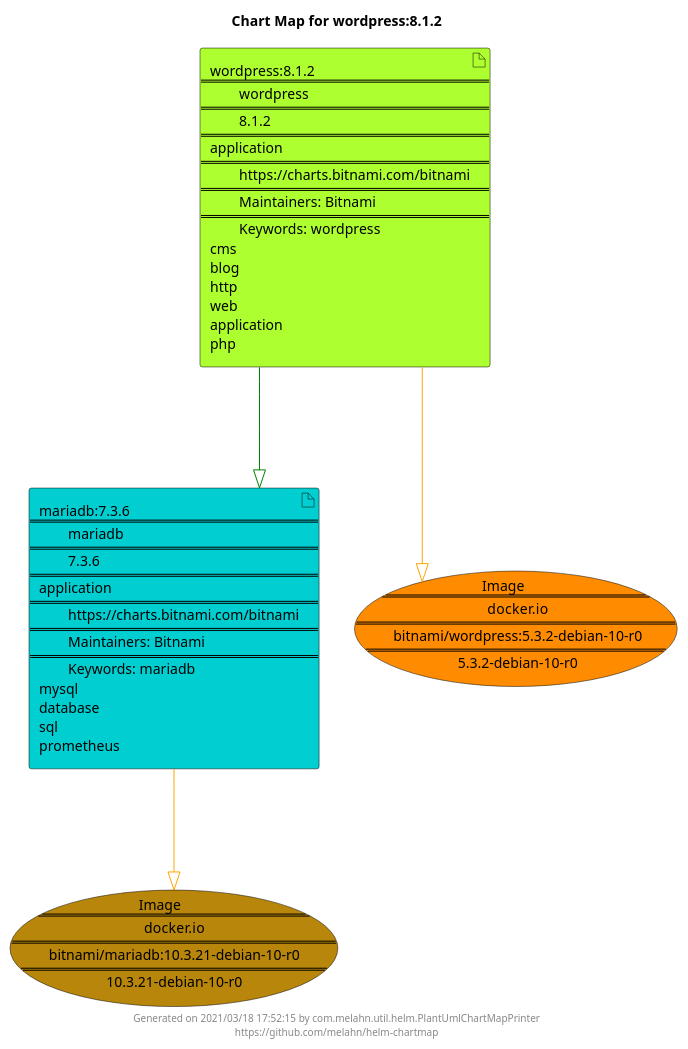
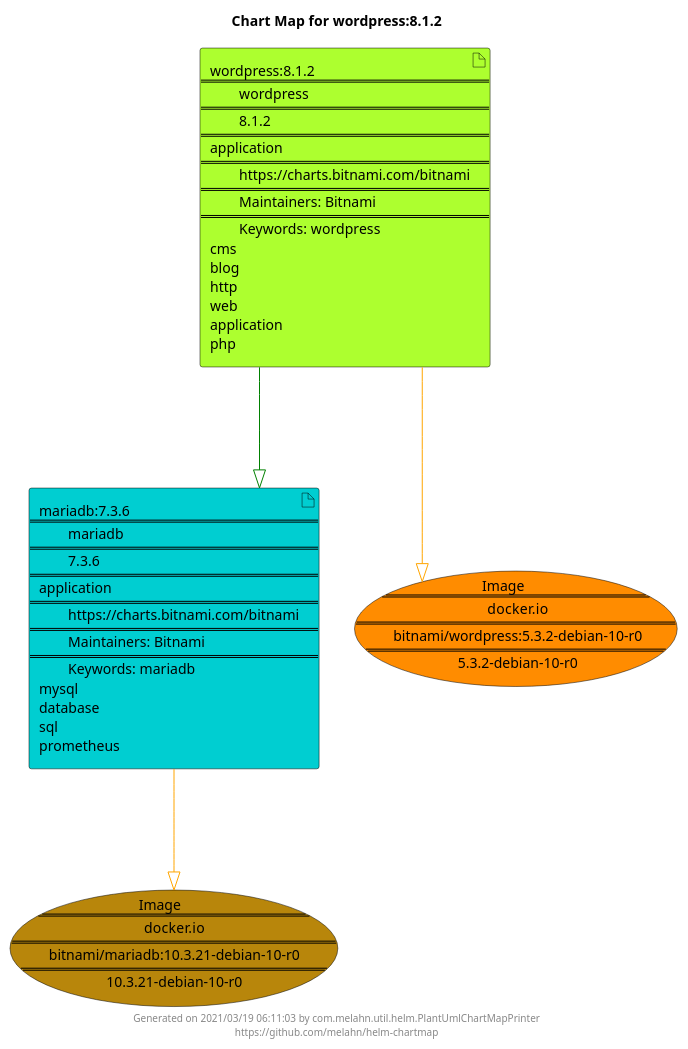
Before and after one commit to melahn/helm-chartmap: the diagram in docs/wordpress/wordpress-8.1.2.puml, drawn with PlantUML. The commit also changed 29 other files, not shown here.

Commit message:
Regenerate chart examples

```diff
--- a/docs/wordpress/wordpress-8.1.2.puml
+++ b/docs/wordpress/wordpress-8.1.2.puml
@@ -1,25 +1,25 @@
 @startuml
 skinparam linetype ortho
 skinparam backgroundColor white
 skinparam usecaseBorderColor black
 skinparam usecaseArrowColor LightSlateGray
 skinparam artifactBorderColor black
 skinparam artifactArrowColor LightSlateGray
 
 title Chart Map for wordpress:8.1.2
 
 'There are 2 referenced Helm Charts
 artifact "mariadb:7.3.6\n====\n\tmariadb\n====\n\t7.3.6\n====\napplication\n====\n\thttps://charts.bitnami.com/bitnami\n====\n\tMaintainers: Bitnami\n====\n\tKeywords: mariadb\nmysql\ndatabase\nsql\nprometheus" as mariadb_7_3_6 #DarkTurquoise
 artifact "wordpress:8.1.2\n====\n\twordpress\n====\n\t8.1.2\n====\napplication\n====\n\thttps://charts.bitnami.com/bitnami\n====\n\tMaintainers: Bitnami\n====\n\tKeywords: wordpress\ncms\nblog\nhttp\nweb\napplication\nphp" as wordpress_8_1_2 #GreenYellow
 
 'There are 2 referenced Docker Images
 usecase "Image\n====\n\tdocker.io\n====\n\tbitnami/mariadb:10.3.21-debian-10-r0\n====\n\t10.3.21-debian-10-r0" as docker_io_bitnami_mariadb_10_3_21_debian_10_r0 #DarkGoldenRod
 usecase "Image\n====\n\tdocker.io\n====\n\tbitnami/wordpress:5.3.2-debian-10-r0\n====\n\t5.3.2-debian-10-r0" as docker_io_bitnami_wordpress_5_3_2_debian_10_r0 #Darkorange
 
 'Chart Dependencies
 wordpress_8_1_2--[#green]-|>mariadb_7_3_6
 mariadb_7_3_6--[#orange]-|>docker_io_bitnami_mariadb_10_3_21_debian_10_r0
 wordpress_8_1_2--[#orange]-|>docker_io_bitnami_wordpress_5_3_2_debian_10_r0
 
-center footer Generated on 2021/03/18 17:52:15 by com.melahn.util.helm.PlantUmlChartMapPrinter\nhttps://github.com/melahn/helm-chartmap
+center footer Generated on 2021/03/19 06:11:03 by com.melahn.util.helm.PlantUmlChartMapPrinter\nhttps://github.com/melahn/helm-chartmap
 @enduml
```
